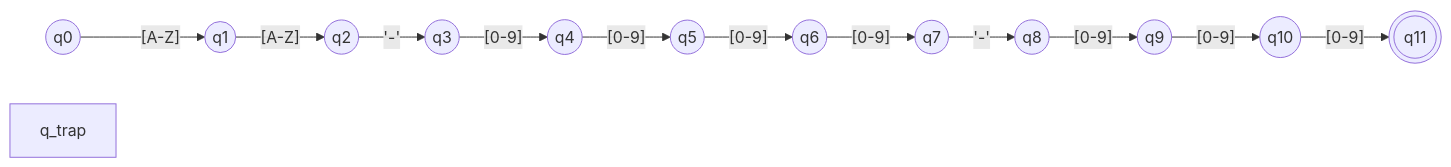
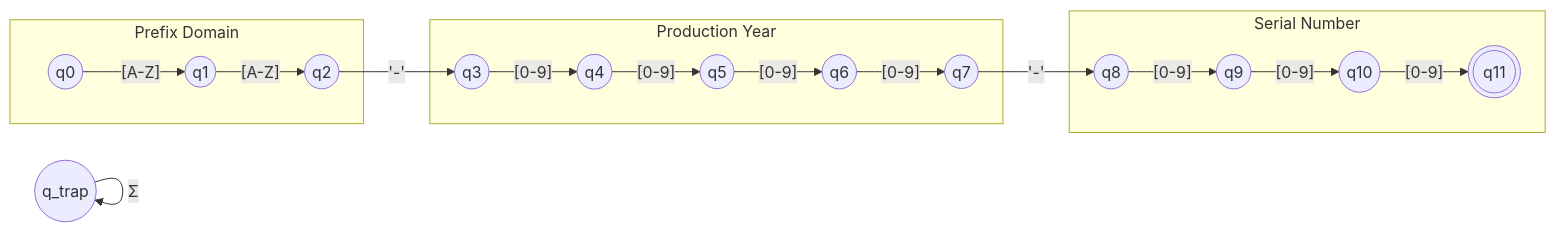
Before and after one commit to uno-jerome/Product-Validator: the diagram in README.md, drawn with Mermaid. The commit also changed other lines of this file, not shown here.

````diff
--- a/README.md
+++ b/README.md
@@ -23,22 +23,28 @@
 ```mermaid
 flowchart LR
-    %% Row 1: Prefix & Production Year
-    q0((q0)) -->|"[A-Z]"| q1((q1))
-    q1 -->|"[A-Z]"| q2((q2))
-    q2 -->|"'-'"| q3((q3))
-    q3 -->|"[0-9]"| q4((q4))
-    q4 -->|"[0-9]"| q5((q5))
-    q5 -->|"[0-9]"| q6((q6))
+    %% Category 1: Prefix
+    subgraph G1 ["Prefix Domain"]
+        q0((q0)) -->|"[A-Z]"| q1((q1))
+        q1 -->|"[A-Z]"| q2((q2))
+    end
 
-    %% Turnaround connector
-    q6 -->|"[0-9]"| q7((q7))
+    %% Category 2: Year
+    subgraph G2 ["Production Year"]
+        q2 -->|"'-'"| q3((q3))
+        q3 -->|"[0-9]"| q4((q4))
+        q4 -->|"[0-9]"| q5((q5))
+        q5 -->|"[0-9]"| q6((q6))
+        q6 -->|"[0-9]"| q7((q7))
+    end
 
-    %% Row 2: Delimiter & Serial Number
-    q7 -->|"'-'"| q8((q8))
-    q8 -->|"[0-9]"| q9((q9))
-    q9 -->|"[0-9]"| q10((q10))
-    q10 -->|"[0-9]"| q11(((q11)))
+    %% Category 3: Serial
+    subgraph G3 ["Serial Number"]
+        q7 -->|"'-'"| q8((q8))
+        q8 -->|"[0-9]"| q9((q9))
+        q9 -->|"[0-9]"| q10((q10))
+        q10 -->|"[0-9]"| q11(((q11)))
+    end
 
-    %% Trap indicator
-    q_trap[q_trap]
+    %% Dead / Trap State
+    q_trap((q_trap)) -->|"Σ"| q_trap
 ```
````
